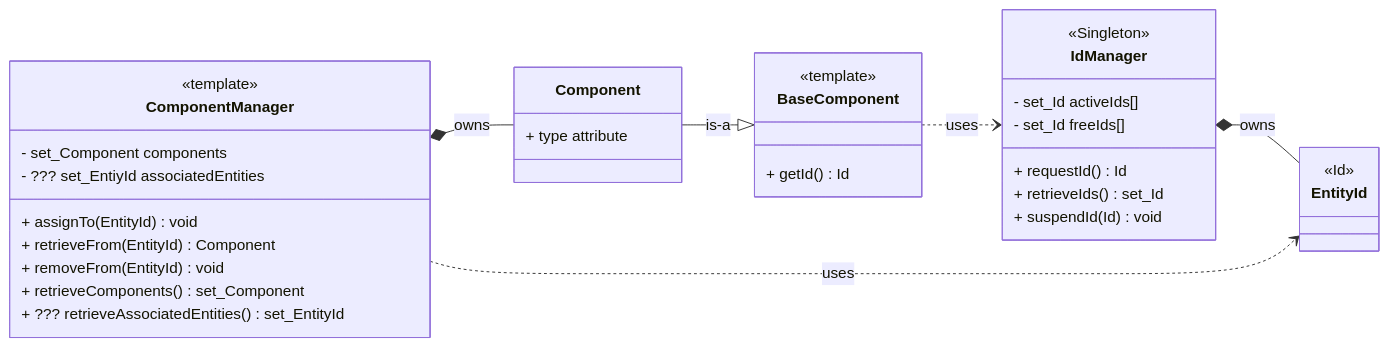
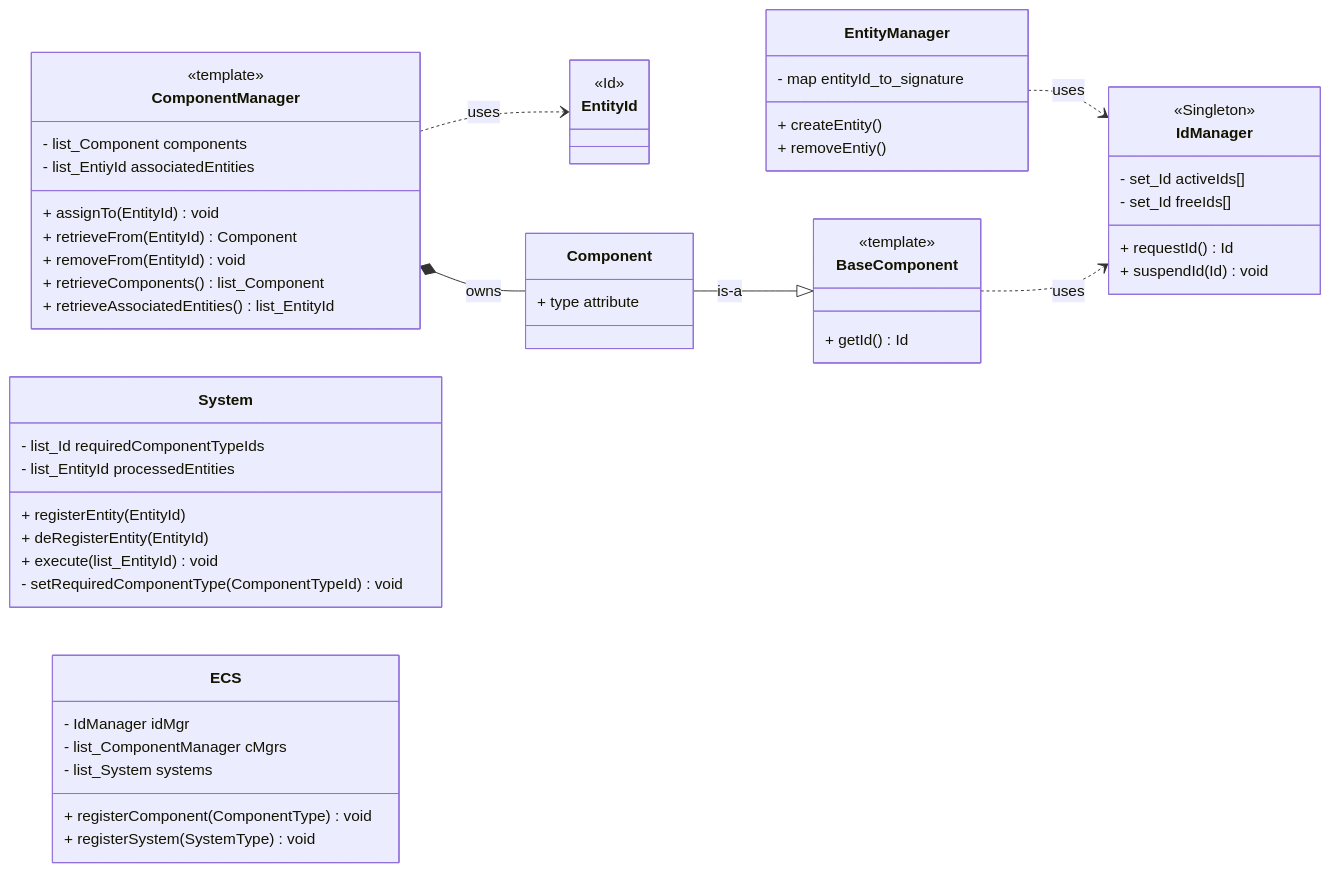
Before and after one commit to SinixND/roguelike: the second of 2 diagrams in ECS_uml.md, drawn with Mermaid. The commit also changed 7 other files, not shown here.

````diff
--- a/ECS_uml.md
+++ b/ECS_uml.md
@@ -13,45 +13,66 @@
 ```mermaid
 classDiagram 
 
 direction LR
 title ECS
 
-class EntityId {
-    <<Id>>
-}
-
-IdManager *-- EntityId : owns
 class IdManager {
     <<Singleton>>
     - set_Id activeIds[]
     - set_Id freeIds[]
     + requestId() Id
-    + retrieveIds() set_Id
     + suspendId(Id) void
+}
+
+class EntityId {
+    <<Id>>
+}
+
+EntityManager ..> IdManager : uses
+class EntityManager {
+- map entityId_to_signature
++ createEntity()
++ removeEntiy()
 }
 
 BaseComponent ..> IdManager : uses
 class BaseComponent {
     <<template>>
     + getId() Id
 }
 
 Component --|> BaseComponent : is-a
 class Component {
     + type attribute
 }
 
 ComponentManager *-- Component : owns
 ComponentManager ..> EntityId : uses
 class ComponentManager {
     <<template>>
-    - set_Component components
-    - ??? set_EntiyId associatedEntities
+    - list_Component components
+    - list_EntiyId associatedEntities
     + assignTo(EntityId) void
     + retrieveFrom(EntityId) Component
     + removeFrom(EntityId) void
-    + retrieveComponents() set_Component
-    + ??? retrieveAssociatedEntities() set_EntityId
+    + retrieveComponents() list_Component
+    + retrieveAssociatedEntities() list_EntityId
 }
 
+class System {
+    - list_Id requiredComponentTypeIds
+    - list_EntityId processedEntities
+    + registerEntity(EntityId)
+    + deRegisterEntity(EntityId)
+    + execute(list_EntityId) void
+    - setRequiredComponentType(ComponentTypeId) void
+}
+
+class ECS {
+    - IdManager idMgr
+    - list_ComponentManager cMgrs
+    - list_System systems
+    + registerComponent(ComponentType) void
+    + registerSystem(SystemType) void
+}
 ```
````
